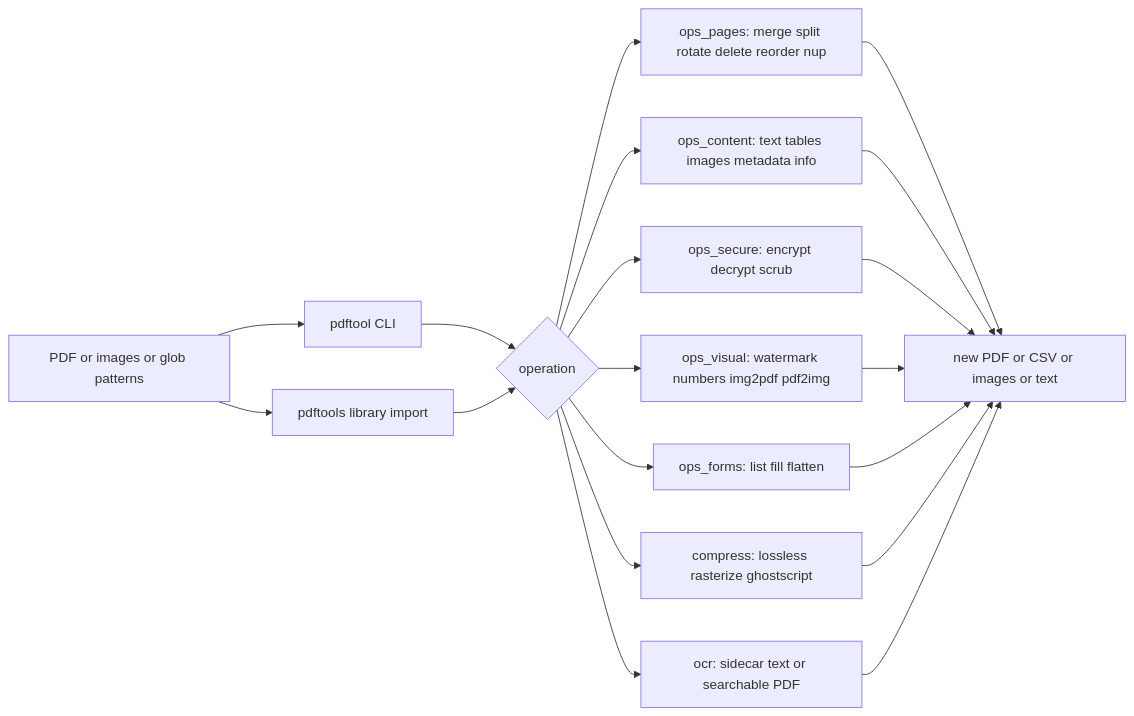
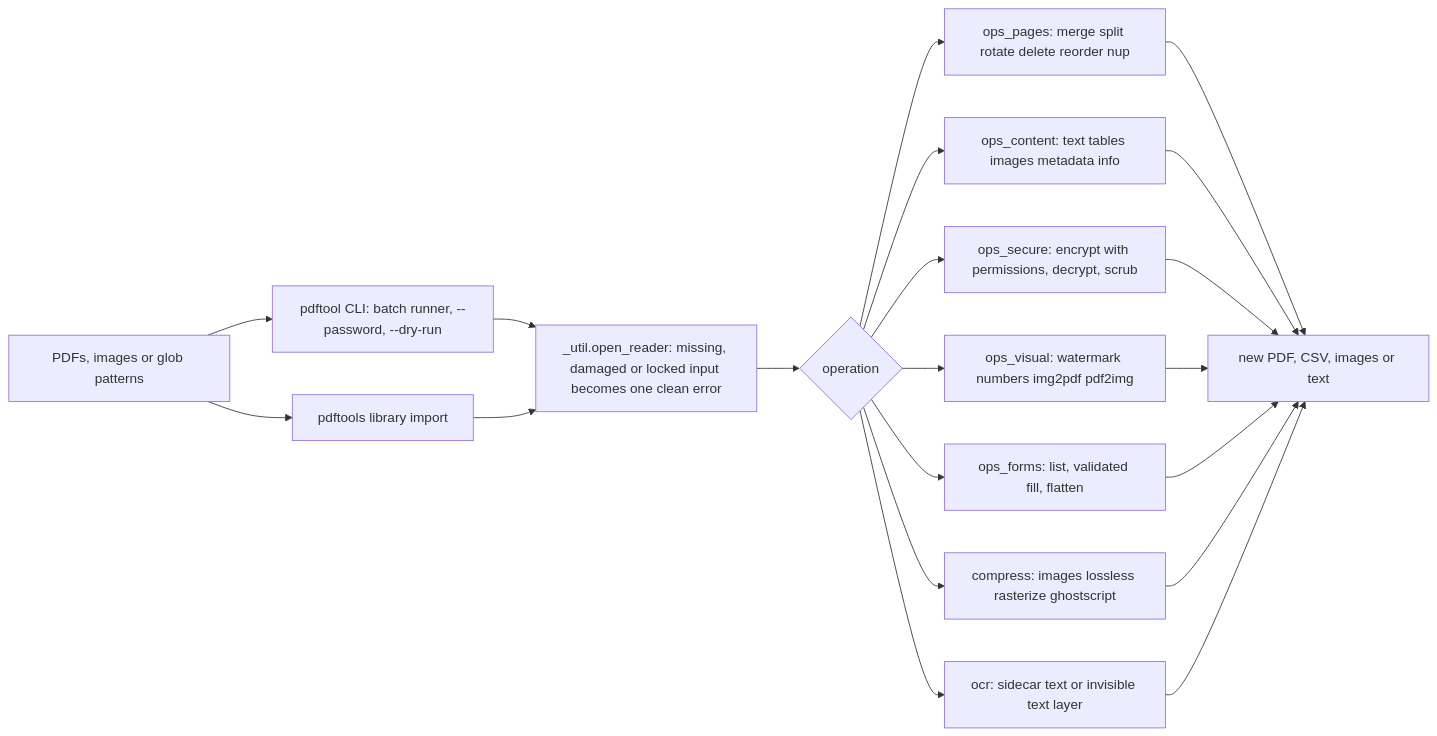
The first of 2 diagrams in README.md (AleBrito124356/pdf-power-tools), drawn with Mermaid before and after one commit. The commit also changed other lines of this file and 3 other files, not shown here.

````diff
--- a/README.md
+++ b/README.md
@@ -23,23 +32,24 @@
 ```mermaid
 flowchart LR
-    IN[PDF or images or glob patterns] --> CLI[pdftool CLI]
+    IN[PDFs, images or glob patterns] --> CLI[pdftool CLI: batch runner, --password, --dry-run]
     IN --> LIB[pdftools library import]
-    CLI --> CORE{operation}
-    LIB --> CORE
+    CLI --> OPEN[_util.open_reader: missing, damaged or locked input becomes one clean error]
+    LIB --> OPEN
+    OPEN --> CORE{operation}
 
     CORE --> PAGES[ops_pages: merge split rotate delete reorder nup]
     CORE --> CONTENT[ops_content: text tables images metadata info]
-    CORE --> SECURE[ops_secure: encrypt decrypt scrub]
+    CORE --> SECURE[ops_secure: encrypt with permissions, decrypt, scrub]
     CORE --> VISUAL[ops_visual: watermark numbers img2pdf pdf2img]
-    CORE --> FORMS[ops_forms: list fill flatten]
-    CORE --> COMPRESS[compress: lossless rasterize ghostscript]
-    CORE --> OCR[ocr: sidecar text or searchable PDF]
+    CORE --> FORMS[ops_forms: list, validated fill, flatten]
+    CORE --> COMPRESS[compress: images lossless rasterize ghostscript]
+    CORE --> OCR[ocr: sidecar text or invisible text layer]
 
-    PAGES --> OUT[new PDF or CSV or images or text]
+    PAGES --> OUT[new PDF, CSV, images or text]
     CONTENT --> OUT
     SECURE --> OUT
     VISUAL --> OUT
     FORMS --> OUT
     COMPRESS --> OUT
     OCR --> OUT
 ```
````
